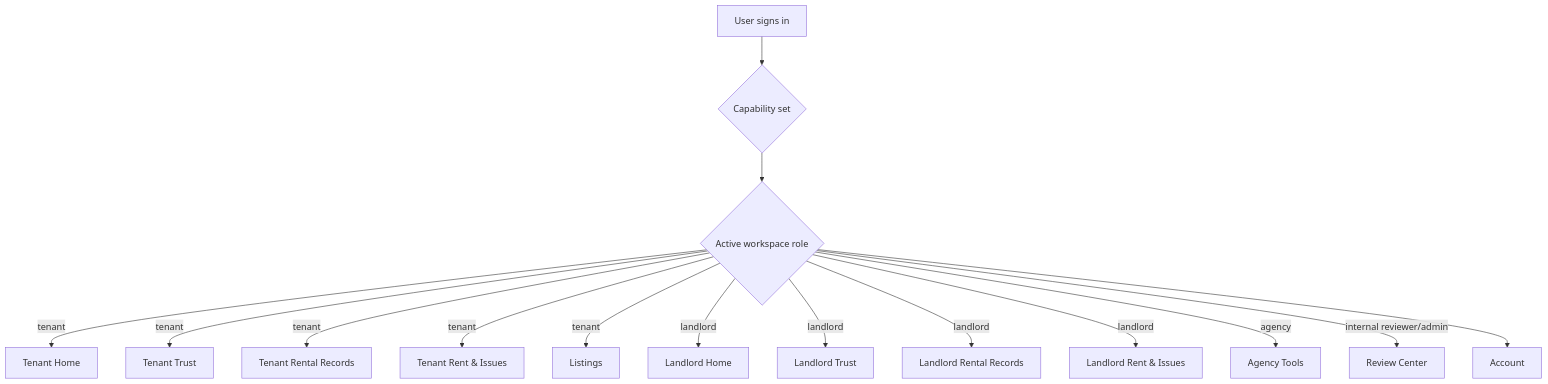
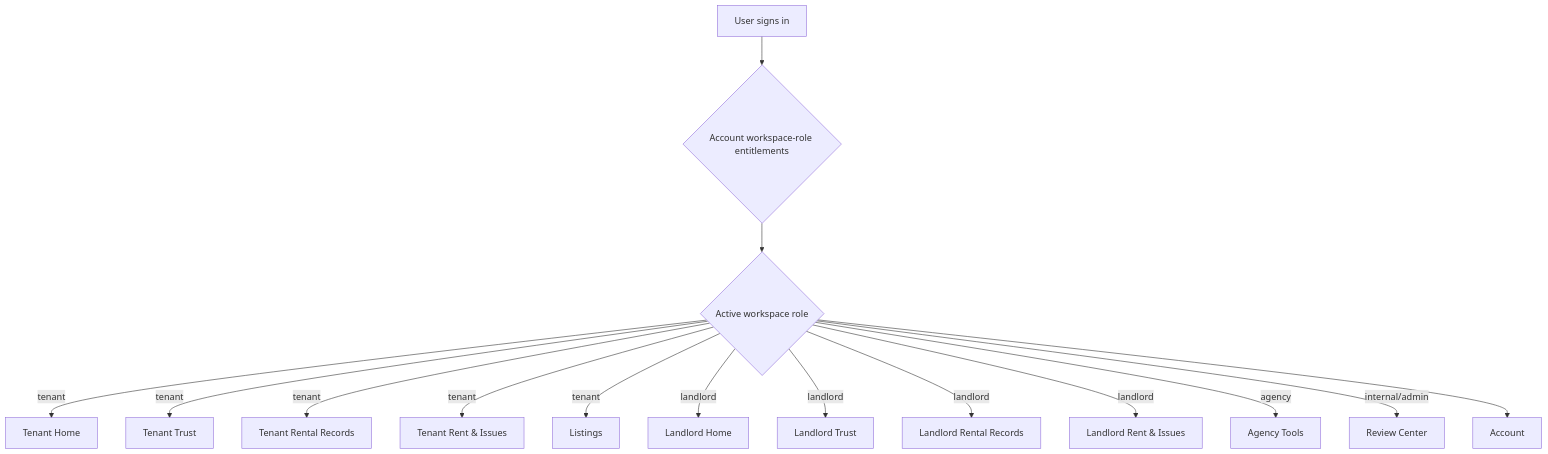
One commit to vtmarkop/real_estate_trust_ledger changed the first of 11 diagrams in docs/WORKFLOW_DIAGRAMS.md. Above: the diagram before and after it, drawn with Mermaid. The commit also changed other lines of this file and 49 other files, not shown here.

Commit message:
Add explicit workspace role entitlements

````diff
--- a/docs/WORKFLOW_DIAGRAMS.md
+++ b/docs/WORKFLOW_DIAGRAMS.md
@@ -24,17 +24,17 @@
 ```mermaid
 flowchart TD
-    A["User signs in"] --> B{"Capability set"}
+    A["User signs in"] --> B{"Account workspace-role entitlements"}
     B --> K{"Active workspace role"}
     K -->|"tenant"| C["Tenant Home"]
     K -->|"tenant"| D["Tenant Trust"]
     K -->|"tenant"| E["Tenant Rental Records"]
     K -->|"tenant"| F["Tenant Rent & Issues"]
     K -->|"tenant"| G["Listings"]
     K -->|"landlord"| L["Landlord Home"]
     K -->|"landlord"| M["Landlord Trust"]
     K -->|"landlord"| N["Landlord Rental Records"]
     K -->|"landlord"| O["Landlord Rent & Issues"]
     K -->|"agency"| I["Agency Tools"]
-    K -->|"internal reviewer/admin"| J["Review Center"]
+    K -->|"internal/admin"| J["Review Center"]
     K --> H["Account"]
 ```
````
